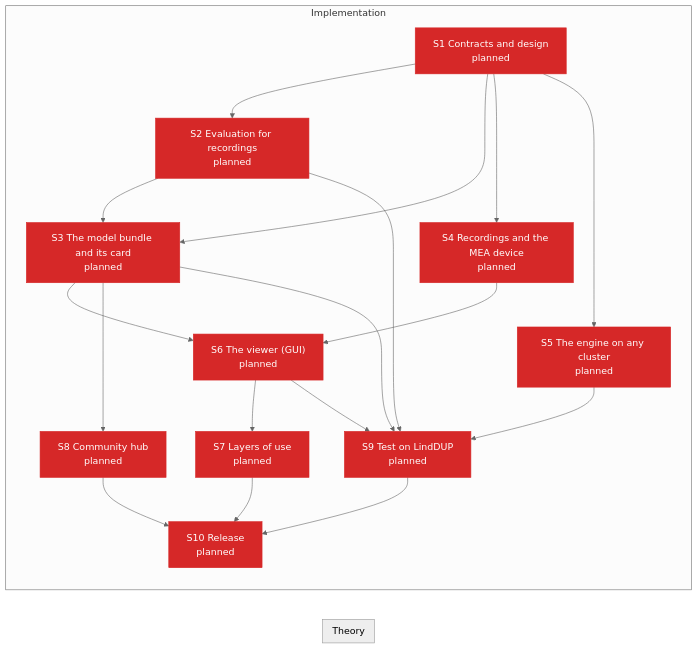
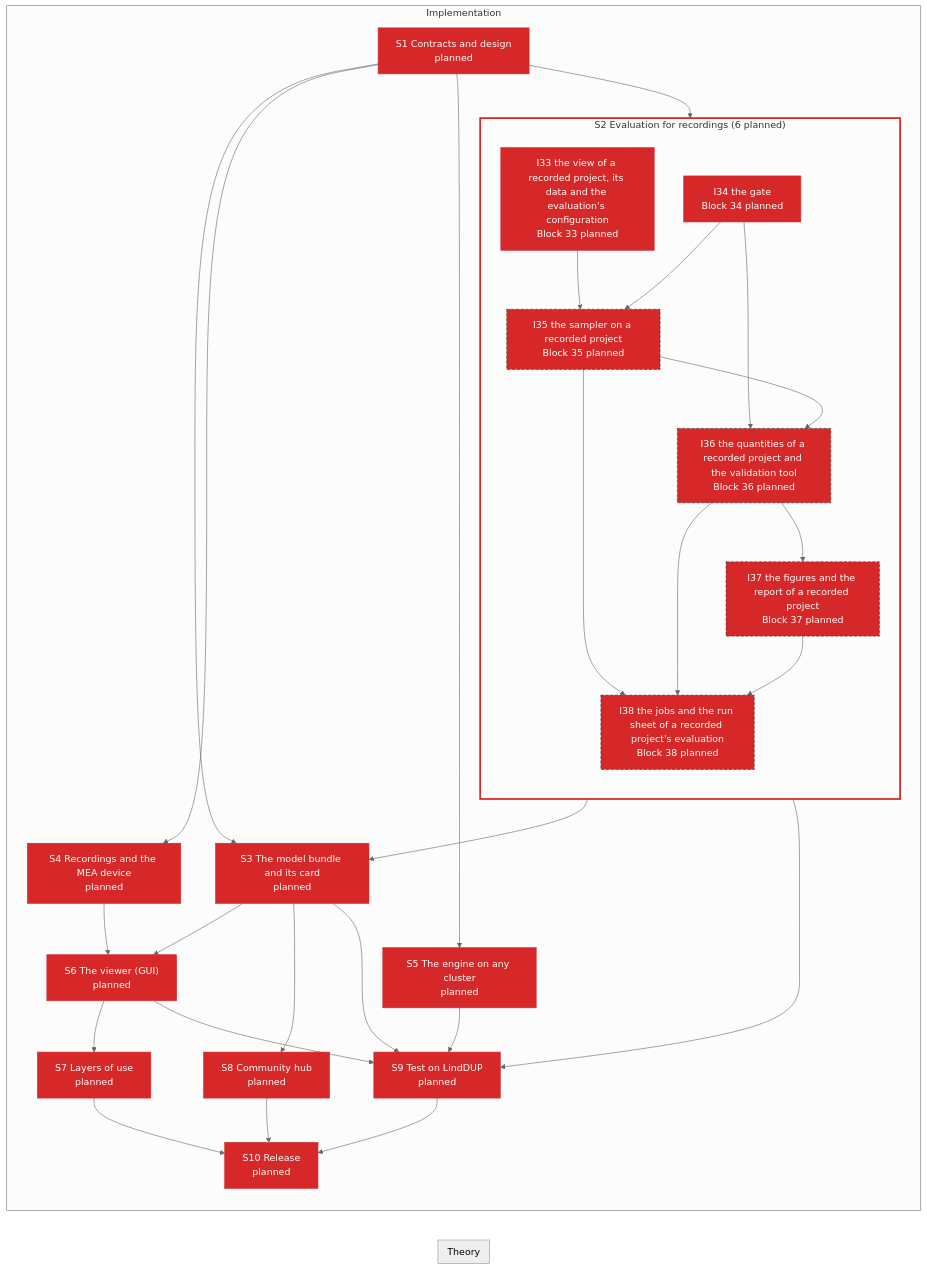
One commit to Leonardodm00/Simulation-Based-Inference changed the diagram in specs/roadmap/tool.md. Above: the diagram before and after it, drawn with Mermaid (neutral theme). The commit also changed other lines of this file and 1 other file, not shown here.

Commit message:
roadmap: tool, blocks 33-38 added under S2 (the evaluation for recordings, wave 1; D-159)
Claude-Session: https://claude.ai/code/session_015FuK9waJUq8JtaZq99jETA

````diff
--- a/specs/roadmap/tool.md
+++ b/specs/roadmap/tool.md
@@ -5,47 +5,65 @@
 ```mermaid
 flowchart LR
     classDef planned fill:#d62828,color:#ffffff,stroke:#d62828
     classDef local fill:#f77f00,color:#1a1a1a,stroke:#f77f00
     classDef pushed fill:#e9c46a,color:#1a1a1a,stroke:#e9c46a
     classDef testing fill:#3a86ff,color:#ffffff,stroke:#3a86ff
     classDef tested fill:#2a9d8f,color:#ffffff,stroke:#2a9d8f
     classDef running fill:#8338ec,color:#ffffff,stroke:#8338ec
     classDef failing fill:#b5174e,color:#ffffff,stroke:#b5174e
     classDef done fill:#2d9a3d,color:#ffffff,stroke:#2d9a3d
     classDef open fill:#8d99ae,color:#1a1a1a,stroke:#8d99ae
     classDef studying fill:#3a86ff,color:#ffffff,stroke:#3a86ff
     classDef closed fill:#2d9a3d,color:#ffffff,stroke:#2d9a3d
     classDef blocked stroke-dasharray:5 3,stroke:#333
     subgraph theory["Theory"]
         direction TB
     end
     subgraph impl["Implementation"]
         direction TB
         S1["S1 Contracts and design<br/>planned"]:::planned
-        S2["S2 Evaluation for recordings<br/>planned"]:::planned
+        subgraph grp_S2["S2 Evaluation for recordings (6 planned)"]
+            direction TB
+            I33["I33 the view of a recorded project, its data and the evaluation's configuration<br/>Block 33 planned"]:::planned
+            I34["I34 the gate<br/>Block 34 planned"]:::planned
+            I35["I35 the sampler on a recorded project<br/>Block 35 planned"]:::planned
+            I36["I36 the quantities of a recorded project and the validation tool<br/>Block 36 planned"]:::planned
+            I37["I37 the figures and the report of a recorded project<br/>Block 37 planned"]:::planned
+            I38["I38 the jobs and the run sheet of a recorded project's evaluation<br/>Block 38 planned"]:::planned
+        end
         S3["S3 The model bundle and its card<br/>planned"]:::planned
         S4["S4 Recordings and the MEA device<br/>planned"]:::planned
         S5["S5 The engine on any cluster<br/>planned"]:::planned
         S6["S6 The viewer (GUI)<br/>planned"]:::planned
         S7["S7 Layers of use<br/>planned"]:::planned
         S8["S8 Community hub<br/>planned"]:::planned
         S9["S9 Test on LindDUP<br/>planned"]:::planned
         S10["S10 Release<br/>planned"]:::planned
-        S1 --> S2
+        S1 --> grp_S2
         S1 --> S3
-        S2 --> S3
+        grp_S2 --> S3
         S1 --> S4
         S1 --> S5
         S3 --> S6
         S4 --> S6
         S6 --> S7
         S3 --> S8
-        S2 --> S9
+        grp_S2 --> S9
         S3 --> S9
         S5 --> S9
         S6 --> S9
         S7 --> S10
         S8 --> S10
         S9 --> S10
+        I33 --> I35
+        I34 --> I35
+        I34 --> I36
+        I35 --> I36
+        I36 --> I37
+        I35 --> I38
+        I36 --> I38
+        I37 --> I38
     end
+    class I35,I36,I37,I38 blocked
+    style grp_S2 stroke:#d62828,stroke-width:3px
 ```
````
